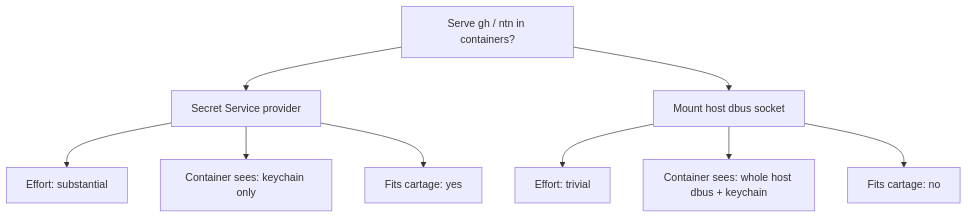
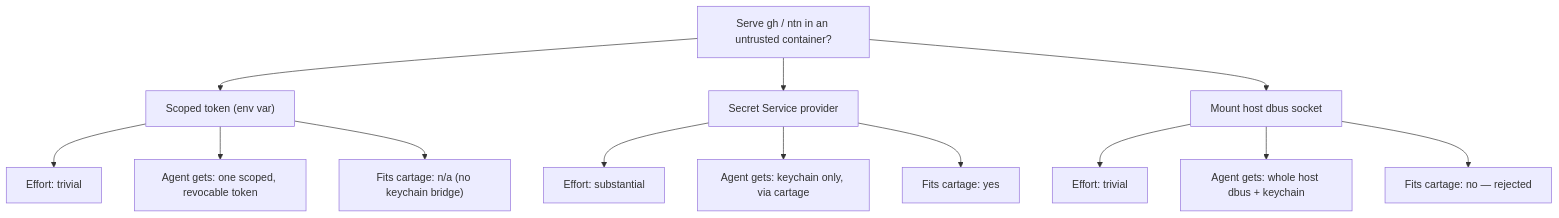
Before and after one commit to fgrehm/cartage: the second of 2 diagrams in docs/keychain-support-plan.md, drawn with Mermaid. The commit also changed other lines of this file, not shown here.

Commit message:
docs(secret): capture untrusted-agent threat model in spec

````diff
--- a/docs/keychain-support-plan.md
+++ b/docs/keychain-support-plan.md
@@ -149,13 +151,18 @@
 ```mermaid
 flowchart TD
-    A["Serve gh / ntn in containers?"] --> B["Secret Service provider"]
-    A --> C["Mount host dbus socket"]
+    A["Serve gh / ntn in an untrusted container?"] --> B["Scoped token (env var)"]
+    A --> C["Secret Service provider"]
+    A --> D["Mount host dbus socket"]
 
-    B --> B1["Effort: substantial"]
-    B --> B2["Container sees: keychain only"]
-    B --> B3["Fits cartage: yes"]
+    B --> B1["Effort: trivial"]
+    B --> B2["Agent gets: one scoped, revocable token"]
+    B --> B3["Fits cartage: n/a (no keychain bridge)"]
 
-    C --> C1["Effort: trivial"]
-    C --> C2["Container sees: whole host dbus + keychain"]
-    C --> C3["Fits cartage: no"]
+    C --> C1["Effort: substantial"]
+    C --> C2["Agent gets: keychain only, via cartage"]
+    C --> C3["Fits cartage: yes"]
+
+    D --> D1["Effort: trivial"]
+    D --> D2["Agent gets: whole host dbus + keychain"]
+    D --> D3["Fits cartage: no — rejected"]
 ```
````
